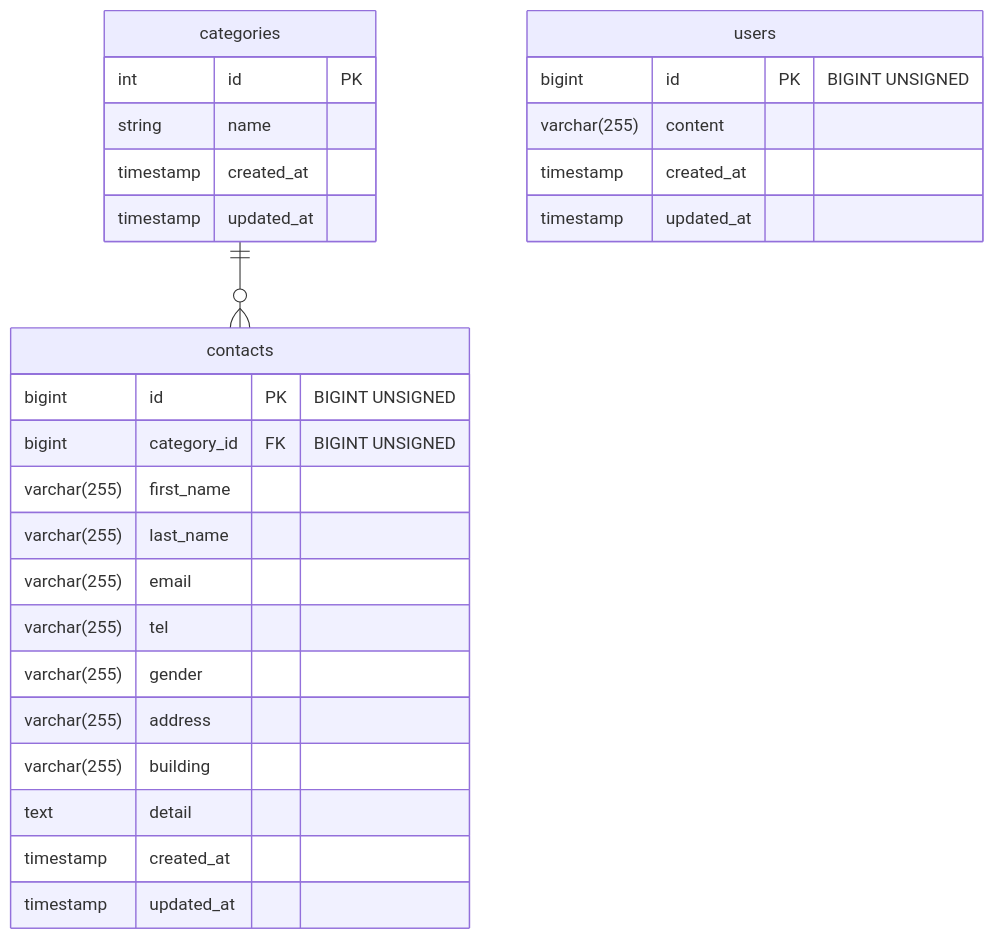
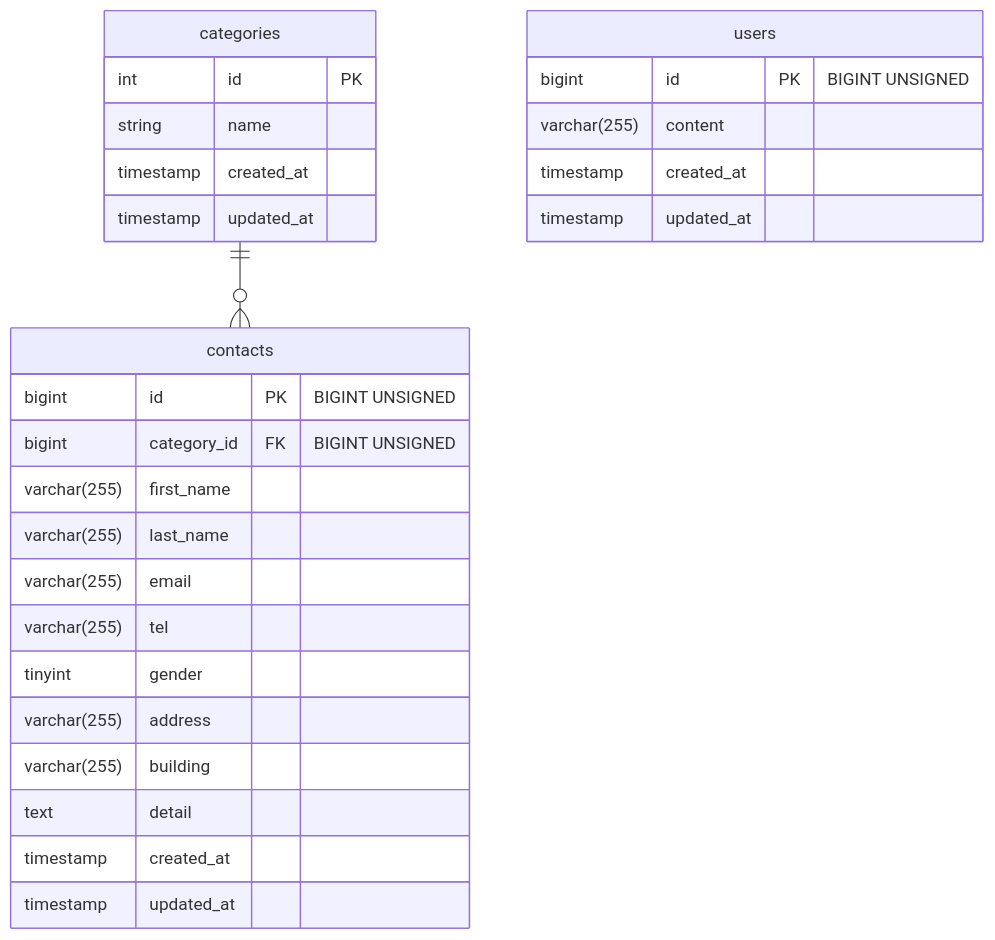
Before and after one commit to kamellll/ensyu-contact-form: the diagram in src/docs/er/er.mmd, drawn with Mermaid.

Commit message:
ER図の修正

```diff
--- a/src/docs/er/er.mmd
+++ b/src/docs/er/er.mmd
@@ -1,31 +1,31 @@
 erDiagram
     categories ||--o{ contacts: ""
 
     categories {
       int      id PK
       string   name
       timestamp created_at
       timestamp updated_at
     }
 
     contacts {
       bigint   id PK "BIGINT UNSIGNED"
       bigint   category_id FK "BIGINT UNSIGNED"
       varchar(255)   first_name
       varchar(255)   last_name
       varchar(255)   email
       varchar(255)   tel
-      varchar(255)   gender
+      tinyint   gender
       varchar(255)   address
       varchar(255)   building
       text     detail
       timestamp created_at
       timestamp updated_at
     }
 
     users {
       bigint       id PK "BIGINT UNSIGNED"
       varchar(255) content
       timestamp    created_at
       timestamp    updated_at
     }
```
